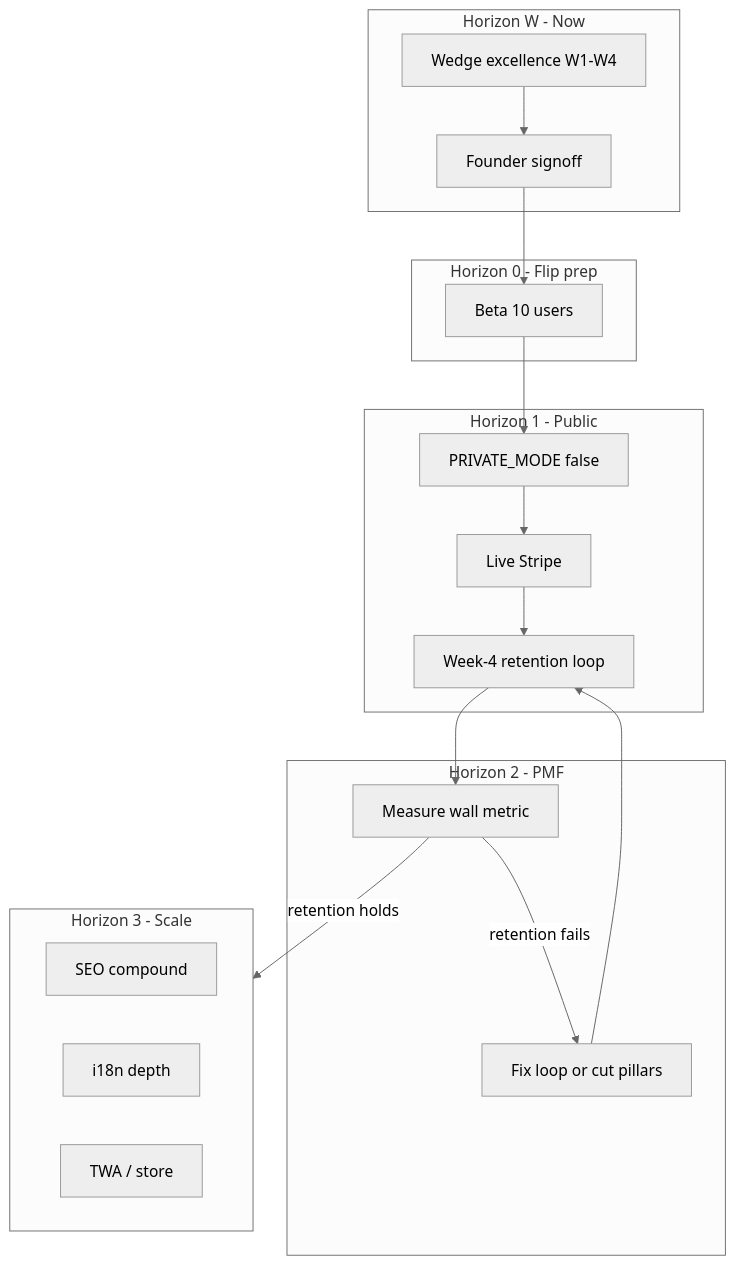
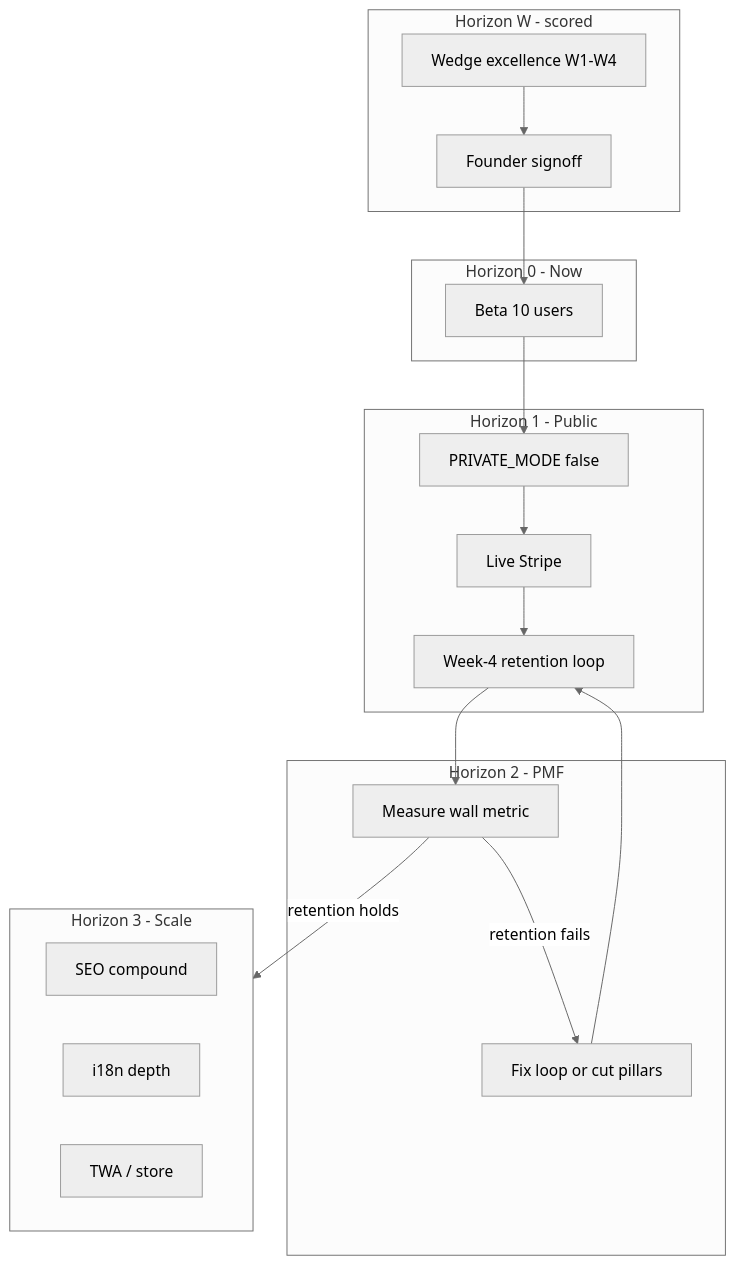
One commit to Snedz/missionwinning changed the diagram in ORCHESTRATION.md. Above: the diagram before and after it, drawn with Mermaid (neutral theme). The commit also changed other lines of this file and 17 other files, not shown here.

````diff
--- a/ORCHESTRATION.md
+++ b/ORCHESTRATION.md
@@ -66,28 +66,28 @@
 ```mermaid
 flowchart TB
-  subgraph HW [Horizon W - Now]
+  subgraph HW [Horizon W - scored]
     W[Wedge excellence W1-W4]
     S[Founder signoff]
   end
-  subgraph H0 [Horizon 0 - Flip prep]
+  subgraph H0 [Horizon 0 - Now]
     B[Beta 10 users]
   end
   subgraph H1 [Horizon 1 - Public]
     P[PRIVATE_MODE false]
     S2[Live Stripe]
     R[Week-4 retention loop]
   end
   subgraph H2 [Horizon 2 - PMF]
     M[Measure wall metric]
     F[Fix loop or cut pillars]
   end
   subgraph H3 [Horizon 3 - Scale]
     SEO[SEO compound]
     I18N[i18n depth]
     TWA[TWA / store]
   end
   W --> S --> B --> P --> S2 --> R --> M
   M -->|retention holds| H3
   M -->|retention fails| F
   F --> R
 ```
````
